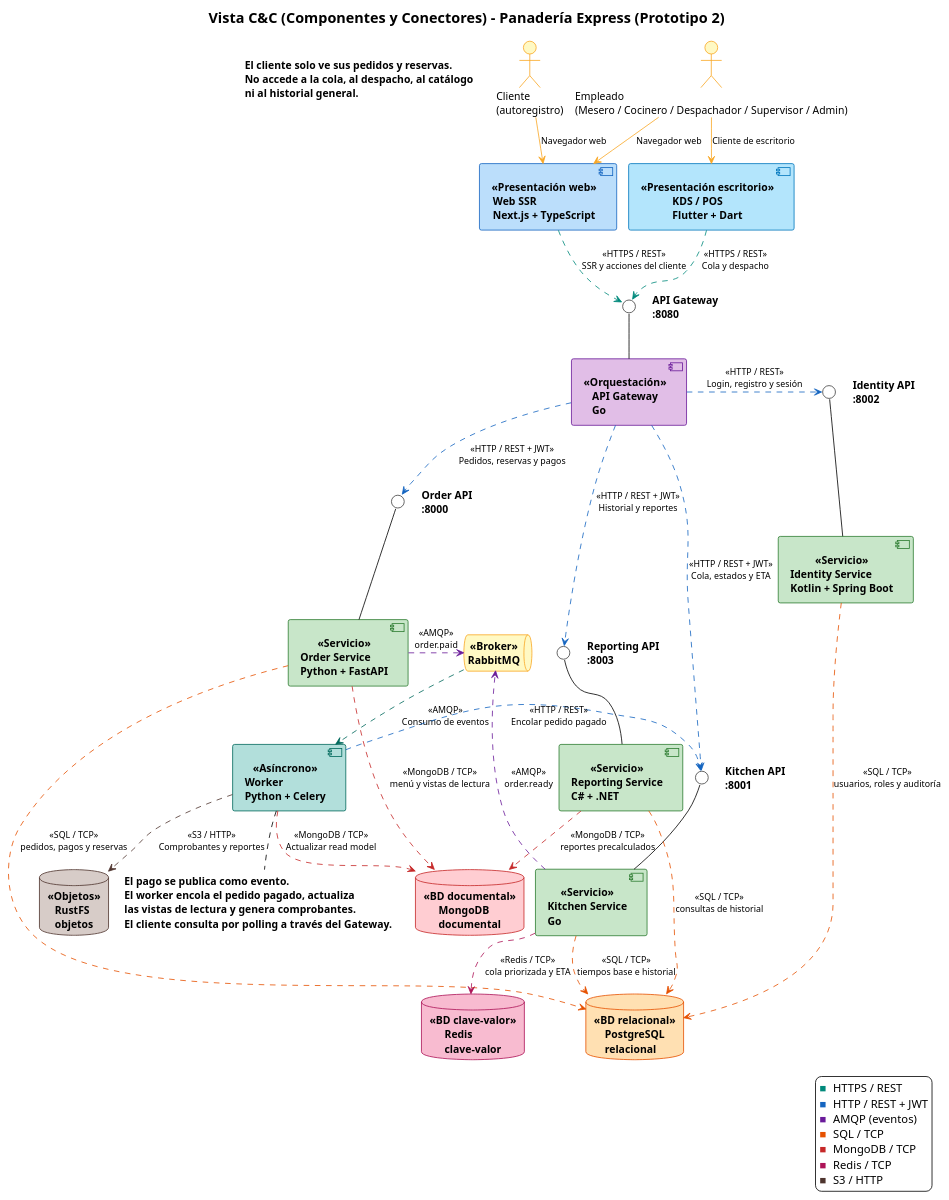
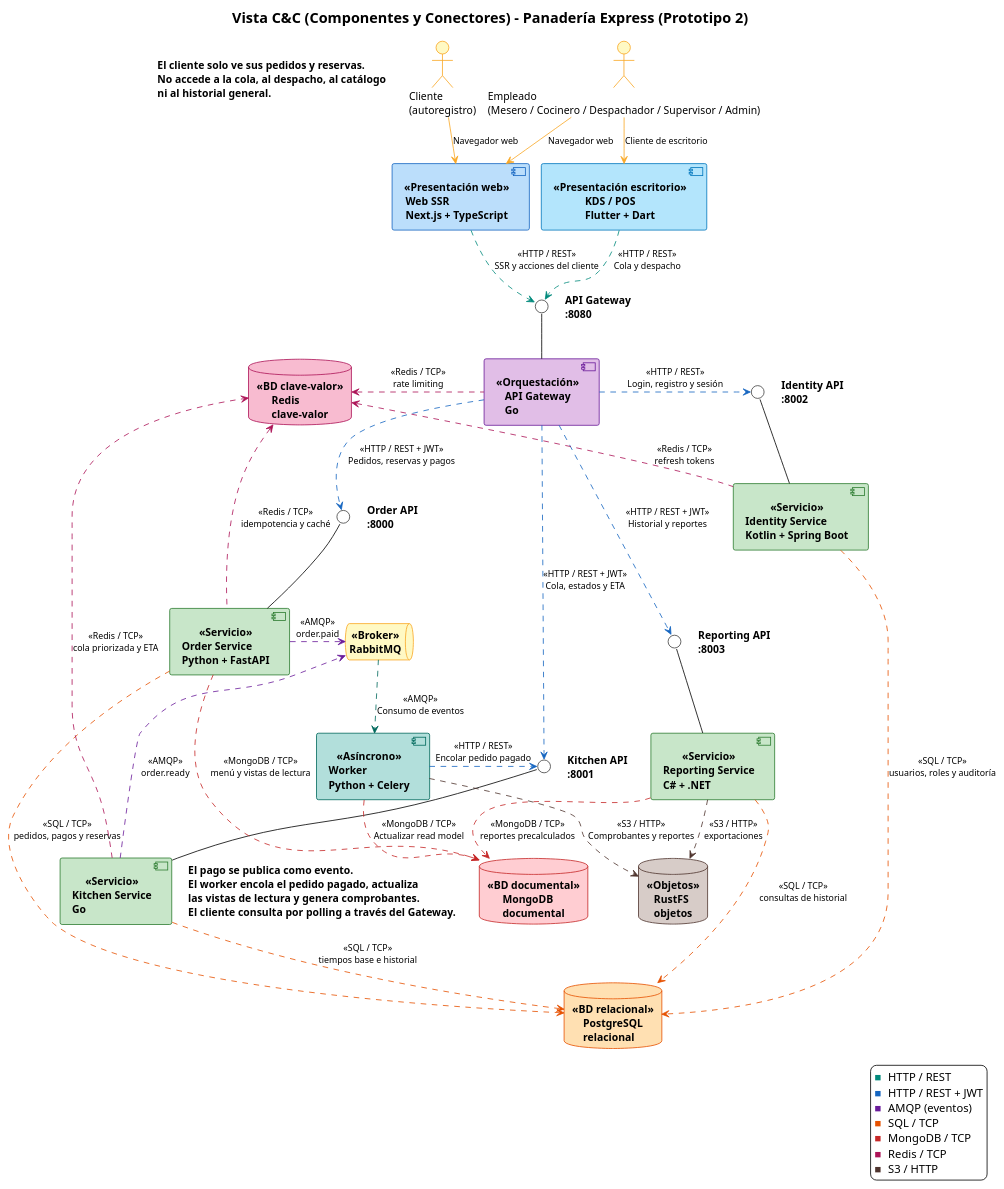
One commit to unal-sw-arch/swarch-2026ii changed the diagram in g3-H-PanTech/docs/Vista CyC P2.puml. Above: the diagram before and after it, drawn with PlantUML. The commit also changed 19 other files, not shown here.

Commit message:
fix: align prototype 2 services and architecture

```diff
--- a/g3-H-PanTech/docs/Vista CyC P2.puml
+++ b/g3-H-PanTech/docs/Vista CyC P2.puml
@@ -1,172 +1,176 @@
 @startuml
 !theme plain
 top to bottom direction
 skinparam componentStyle uml2
 skinparam shadowing false
 skinparam defaultFontSize 13
 skinparam nodesep 14
 skinparam ranksep 42
 skinparam ArrowFontSize 11
 skinparam titleFontSize 18
 skinparam titleFontStyle bold
 
 skinparam component {
   BackgroundColor<<Presentación web>> #BBDEFB
   BorderColor<<Presentación web>> #1565C0
   BackgroundColor<<Presentación escritorio>> #B3E5FC
   BorderColor<<Presentación escritorio>> #0277BD
   BackgroundColor<<Servicio>> #C8E6C9
   BorderColor<<Servicio>> #2E7D32
   BackgroundColor<<Orquestación>> #E1BEE7
   BorderColor<<Orquestación>> #6A1B9A
   BackgroundColor<<Asíncrono>> #B2DFDB
   BorderColor<<Asíncrono>> #00695C
   FontStyle bold
 }
 skinparam queue {
   BackgroundColor<<Broker>> #FFF9C4
   BorderColor<<Broker>> #F9A825
   FontStyle bold
 }
 skinparam database {
   BackgroundColor<<BD relacional>> #FFE0B2
   BorderColor<<BD relacional>> #E65100
   BackgroundColor<<BD documental>> #FFCDD2
   BorderColor<<BD documental>> #C62828
   BackgroundColor<<BD clave-valor>> #F8BBD0
   BorderColor<<BD clave-valor>> #AD1457
   BackgroundColor<<Objetos>> #D7CCC8
   BorderColor<<Objetos>> #4E342E
   FontStyle bold
 }
 skinparam actor {
   BackgroundColor #FFF9C4
   BorderColor #F9A825
 }
 skinparam note {
   BackgroundColor transparent
   BorderColor transparent
   FontStyle bold
 }
 skinparam interface {
   BackgroundColor #FFFFFF
   BorderColor #424242
 }
 
 title Vista C&C (Componentes y Conectores) - Panadería Express (Prototipo 2)
 
 actor "Cliente\n(autoregistro)" as Cliente
 actor "Empleado\n(Mesero / Cocinero / Despachador / Supervisor / Admin)" as Empleado
 
 component "Web SSR\nNext.js + TypeScript" as Web <<Presentación web>>
 component "KDS / POS\nFlutter + Dart" as KDS <<Presentación escritorio>>
 
 component "API Gateway\nGo" as GW <<Orquestación>>
 interface " " as IGW
 component "Identity Service\nKotlin + Spring Boot" as Identity <<Servicio>>
 interface " " as IAuth
 component "Order Service\nPython + FastAPI" as Order <<Servicio>>
 interface " " as IOrder
 component "Kitchen Service\nGo" as Kitchen <<Servicio>>
 interface " " as IKitchen
 component "Reporting Service\nC# + .NET" as Reporting <<Servicio>>
 interface " " as IReport
 
 component "Worker\nPython + Celery" as Worker <<Asíncrono>>
 queue "RabbitMQ" as MQ <<Broker>>
 
 database "PostgreSQL\nrelacional" as PG <<BD relacional>>
 database "MongoDB\ndocumental" as Mongo <<BD documental>>
 database "Redis\nclave-valor" as Redis <<BD clave-valor>>
 database "RustFS\nobjetos" as RustFS <<Objetos>>
 
 ' Interfaces provistas (lollipop)
 IGW -down- GW
 IAuth -down- Identity
 IOrder -down- Order
 IKitchen -down- Kitchen
 IReport -down- Reporting
 
 ' Etiquetas de las interfaces
 note as NGW
   API Gateway
   :8080
 end note
 note as NAuth
   Identity API
   :8002
 end note
 note as NOrder
   Order API
   :8000
 end note
 note as NKitchen
   Kitchen API
   :8001
 end note
 note as NReport
   Reporting API
   :8003
 end note
 IGW -[hidden]right- NGW
 IAuth -[hidden]right- NAuth
 IOrder -[hidden]right- NOrder
 IKitchen -[hidden]right- NKitchen
 IReport -[hidden]right- NReport
 
 ' Usuarios finales
 Cliente -[#F9A825]down-> Web : Navegador web
 Empleado -[#F9A825]down-> Web : Navegador web
 Empleado -[#F9A825]down-> KDS : Cliente de escritorio
 
 ' Presentación -> borde
-Web .[#00897B]down.> IGW : <<HTTPS / REST>>\nSSR y acciones del cliente
-KDS .[#00897B]down.> IGW : <<HTTPS / REST>>\nCola y despacho
+Web .[#00897B]down.> IGW : <<HTTP / REST>>\nSSR y acciones del cliente
+KDS .[#00897B]down.> IGW : <<HTTP / REST>>\nCola y despacho
 
 ' Borde -> servicios de lógica
 GW .[#1565C0]right.> IAuth : <<HTTP / REST>>\nLogin, registro y sesión
 GW .[#1565C0]down.> IOrder : <<HTTP / REST + JWT>>\nPedidos, reservas y pagos
 GW .[#1565C0]down.> IKitchen : <<HTTP / REST + JWT>>\nCola, estados y ETA
 GW .[#1565C0]down.> IReport : <<HTTP / REST + JWT>>\nHistorial y reportes
 
 ' Persistencia
 Identity .[#E65100]down.> PG : <<SQL / TCP>>\nusuarios, roles y auditoría
+Identity .[#AD1457]left.> Redis : <<Redis / TCP>>\nrefresh tokens
+GW .[#AD1457]left.> Redis : <<Redis / TCP>>\nrate limiting
 Order .[#E65100]down.> PG : <<SQL / TCP>>\npedidos, pagos y reservas
 Order .[#C62828]down.> Mongo : <<MongoDB / TCP>>\nmenú y vistas de lectura
+Order .[#AD1457]left.> Redis : <<Redis / TCP>>\nidempotencia y caché
 Kitchen .[#E65100]down.> PG : <<SQL / TCP>>\ntiempos base e historial
 Kitchen .[#AD1457]down.> Redis : <<Redis / TCP>>\ncola priorizada y ETA
 Reporting .[#E65100]down.> PG : <<SQL / TCP>>\nconsultas de historial
 Reporting .[#C62828]down.> Mongo : <<MongoDB / TCP>>\nreportes precalculados
+Reporting .[#4E342E]down.> RustFS : <<S3 / HTTP>>\nexportaciones
 
 ' Eventos y procesos asíncronos
 Order .[#6A1B9A]right.> MQ : <<AMQP>>\norder.paid
 Kitchen .[#6A1B9A]right.> MQ : <<AMQP>>\norder.ready
 MQ .[#00695C]down.> Worker : <<AMQP>>\nConsumo de eventos
 Worker .[#1565C0]right.> IKitchen : <<HTTP / REST>>\nEncolar pedido pagado
 Worker .[#C62828]down.> Mongo : <<MongoDB / TCP>>\nActualizar read model
 Worker .[#4E342E]down.> RustFS : <<S3 / HTTP>>\nComprobantes y reportes
 
 note left of Cliente
   El cliente solo ve sus pedidos y reservas.
   No accede a la cola, al despacho, al catálogo
   ni al historial general.
 end note
 
 note bottom of Worker
   El pago se publica como evento.
   El worker encola el pedido pagado, actualiza
   las vistas de lectura y genera comprobantes.
   El cliente consulta por polling a través del Gateway.
 end note
 
 legend right
-  <color:#00897B>■</color> HTTPS / REST
+  <color:#00897B>■</color> HTTP / REST
   <color:#1565C0>■</color> HTTP / REST + JWT
   <color:#6A1B9A>■</color> AMQP (eventos)
   <color:#E65100>■</color> SQL / TCP
   <color:#C62828>■</color> MongoDB / TCP
   <color:#AD1457>■</color> Redis / TCP
   <color:#4E342E>■</color> S3 / HTTP
 endlegend
 
 @enduml
```
